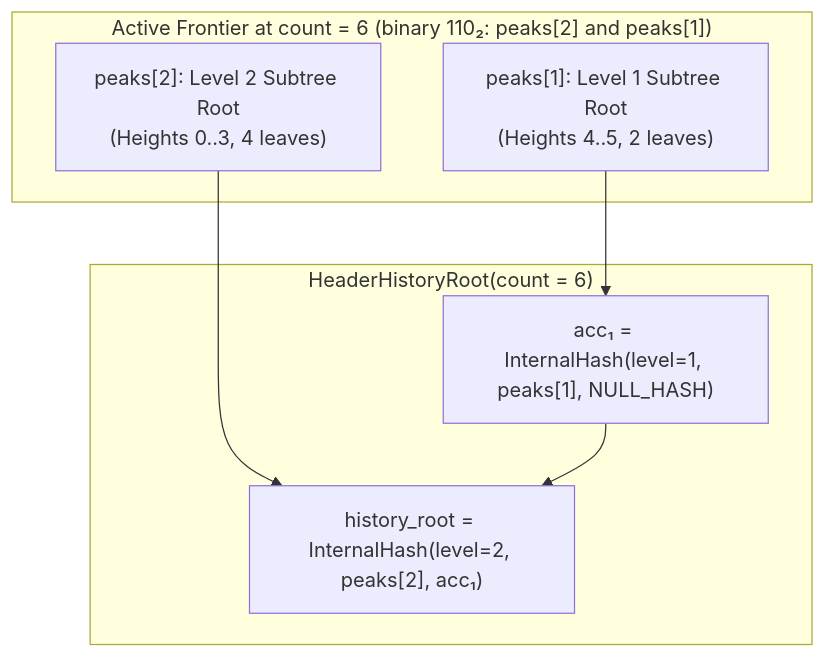
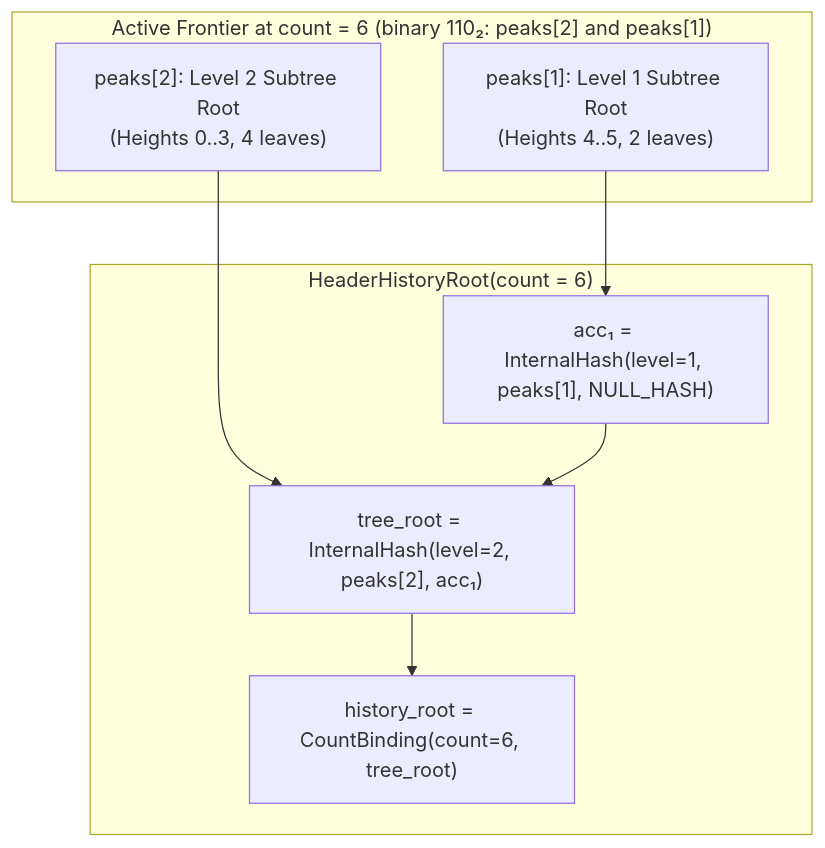
Before and after one commit to givelotus/lotus: the diagram in docs/lotus-v2/header-history-tree.md, drawn with Mermaid. The commit also changed other lines of this file and 3 other files, not shown here.

````diff
--- a/docs/lotus-v2/header-history-tree.md
+++ b/docs/lotus-v2/header-history-tree.md
@@ -47,14 +47,16 @@
 ```mermaid
 flowchart TD
     subgraph Peaks["Active Frontier at count = 6 (binary 110₂: peaks[2] and peaks[1])"]
         P2["peaks[2]: Level 2 Subtree Root<br/>(Heights 0..3, 4 leaves)"]
         P1["peaks[1]: Level 1 Subtree Root<br/>(Heights 4..5, 2 leaves)"]
     end
     subgraph RootFold["HeaderHistoryRoot(count = 6)"]
         R1["acc₁ = InternalHash(level=1, peaks[1], NULL_HASH)"]
-        R2["history_root = InternalHash(level=2, peaks[2], acc₁)"]
+        R2["tree_root = InternalHash(level=2, peaks[2], acc₁)"]
+        R3["history_root = CountBinding(count=6, tree_root)"]
     end
     P1 --> R1
     P2 --> R2
     R1 --> R2
+    R2 --> R3
 ```
````
